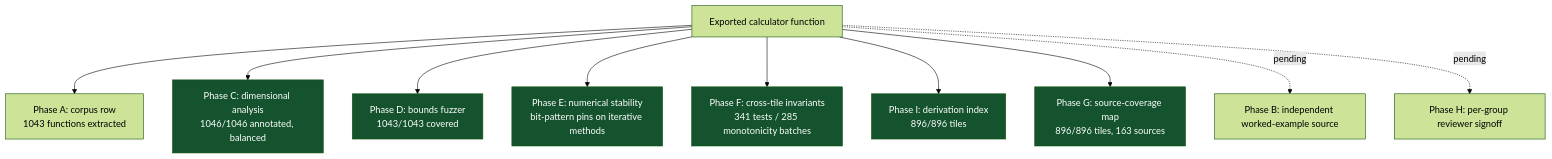
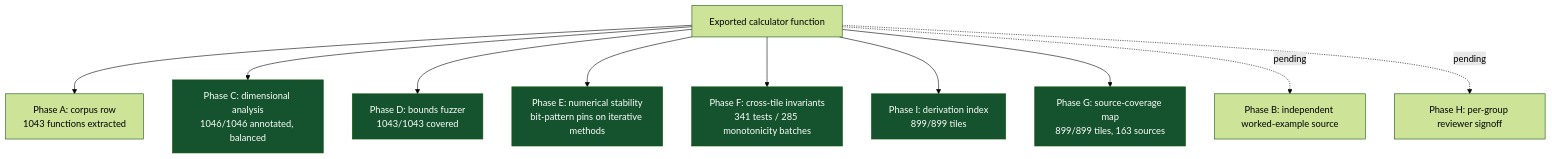
Before and after one commit to clay-good/roughlogic.com: the sixth of 8 diagrams in README.md, drawn with Mermaid (forest theme). The commit also changed other lines of this file and 19 other files, not shown here.

````diff
--- a/README.md
+++ b/README.md
@@ -519,18 +519,18 @@
 ```mermaid
 flowchart TB
     F[Exported calculator function] --> A[Phase A: corpus row\n1043 functions extracted]
     F --> C[Phase C: dimensional analysis\n1046/1046 annotated, balanced]
     F --> D[Phase D: bounds fuzzer\n1043/1043 covered]
     F --> E[Phase E: numerical stability\nbit-pattern pins on iterative methods]
     F --> Fa[Phase F: cross-tile invariants\n341 tests / 285 monotonicity batches]
-    F --> I[Phase I: derivation index\n896/896 tiles]
-    F --> G[Phase G: source-coverage map\n896/896 tiles, 163 sources]
+    F --> I[Phase I: derivation index\n899/899 tiles]
+    F --> G[Phase G: source-coverage map\n899/899 tiles, 163 sources]
     F -.pending.-> B[Phase B: independent worked-example source]
     F -.pending.-> H[Phase H: per-group reviewer signoff]
     style C fill:#14532d,color:#fff
     style D fill:#14532d,color:#fff
     style E fill:#14532d,color:#fff
     style Fa fill:#14532d,color:#fff
     style G fill:#14532d,color:#fff
     style I fill:#14532d,color:#fff
 ```
````
